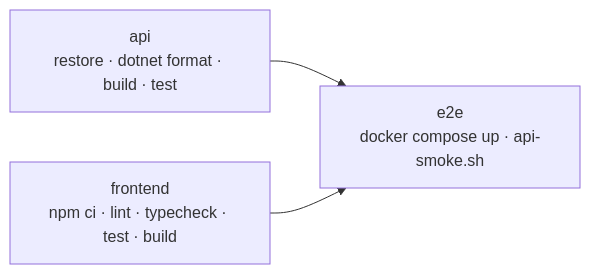
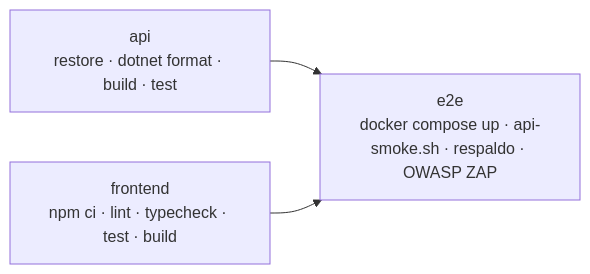
Before and after one commit to kiramman-mp3/promocion-docente-escalafon: the diagram in docs/pruebas.md, drawn with Mermaid. The commit also changed other lines of this file and 2 other files, not shown here.

````diff
--- a/docs/pruebas.md
+++ b/docs/pruebas.md
@@ -69,6 +84,6 @@
 ```mermaid
 flowchart LR
     A["api<br/>restore · dotnet format · build · test"] --> E
     F["frontend<br/>npm ci · lint · typecheck · test · build"] --> E
-    E["e2e<br/>docker compose up · api-smoke.sh"]
+    E["e2e<br/>docker compose up · api-smoke.sh · respaldo · OWASP ZAP"]
 ```
````
